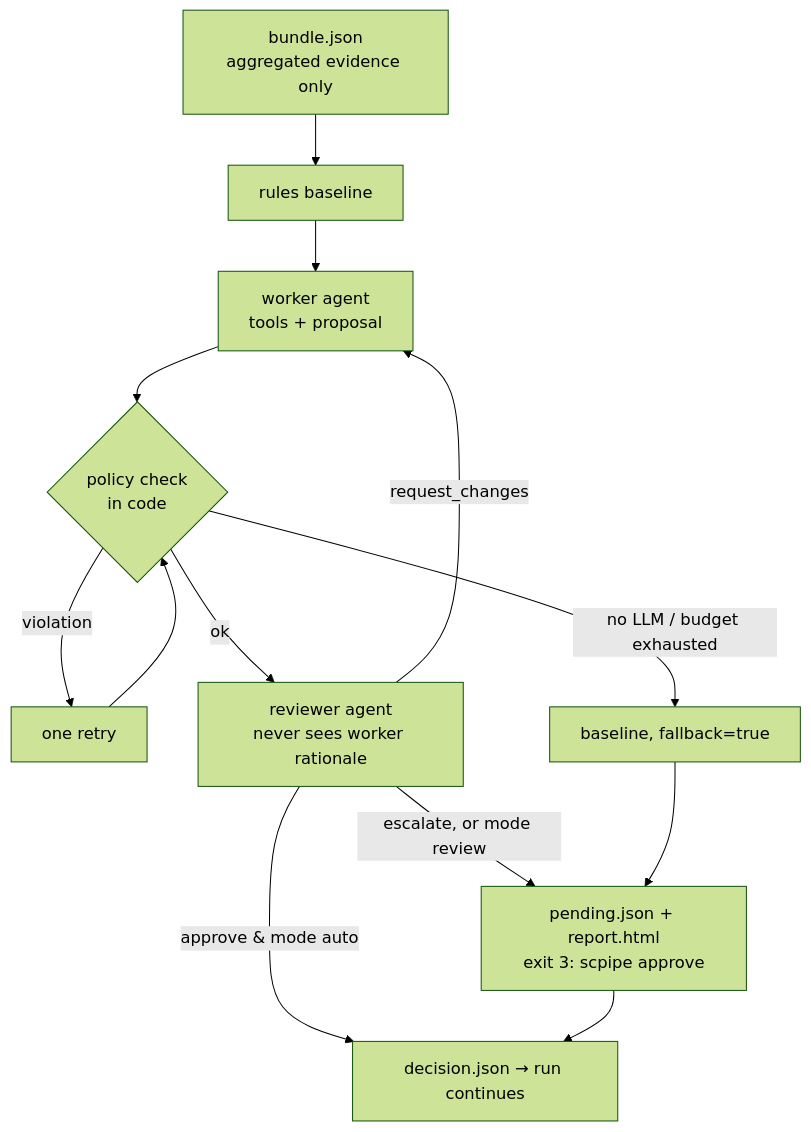
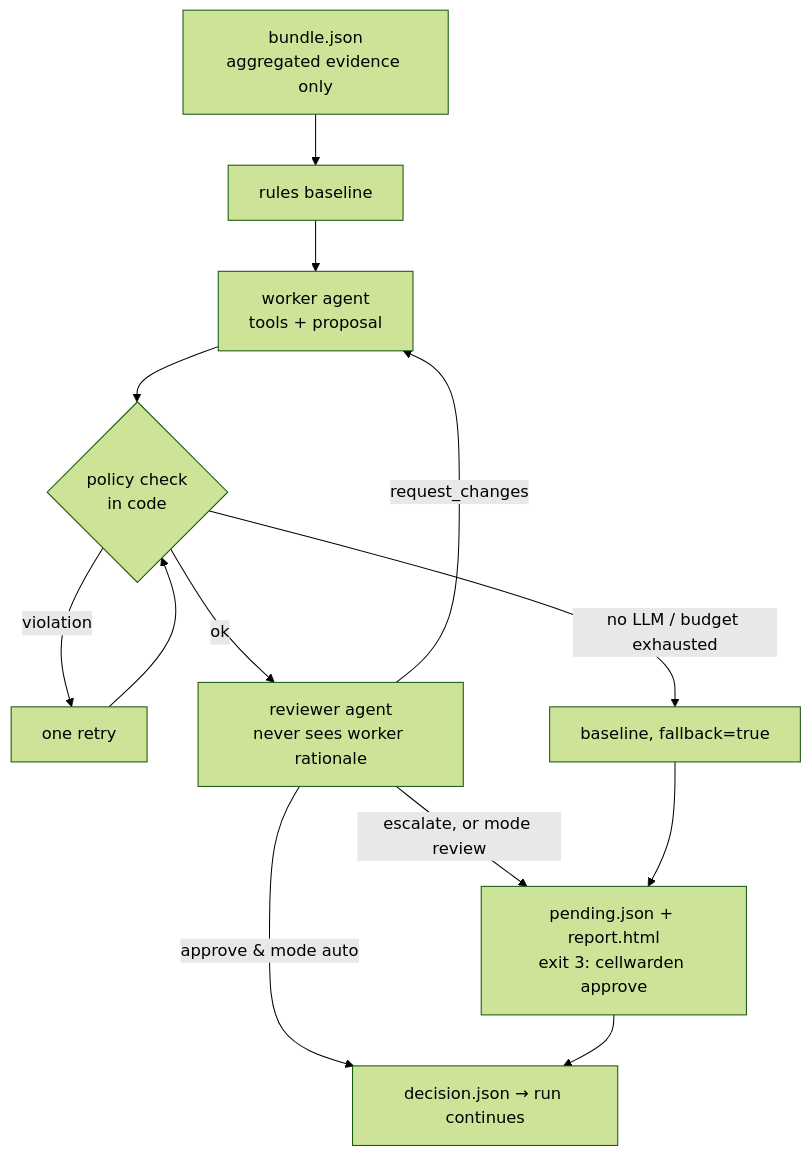
The third of 3 diagrams in docs/ARCHITECTURE.md (ad2n15/singlecell-container), drawn with Mermaid (forest theme) before and after one commit. The commit also changed other lines of this file and 224 other files, not shown here.

````diff
--- a/docs/ARCHITECTURE.md
+++ b/docs/ARCHITECTURE.md
@@ -120,13 +120,13 @@
 ```mermaid
 flowchart TD
   B[bundle.json<br/>aggregated evidence only] --> R0[rules baseline]
   R0 --> W[worker agent<br/>tools + proposal]
   W --> PC{policy check<br/>in code}
   PC -- violation --> W2[one retry] --> PC
   PC -- ok --> RV[reviewer agent<br/>never sees worker rationale]
   RV -- request_changes --> W
   RV -- approve & mode auto --> D[decision.json → run continues]
-  RV -- escalate, or mode review --> H[pending.json + report.html<br/>exit 3: scpipe approve]
+  RV -- escalate, or mode review --> H[pending.json + report.html<br/>exit 3: cellwarden approve]
   H --> D
   PC -- no LLM / budget exhausted --> F[baseline, fallback=true] --> H
 ```
````
